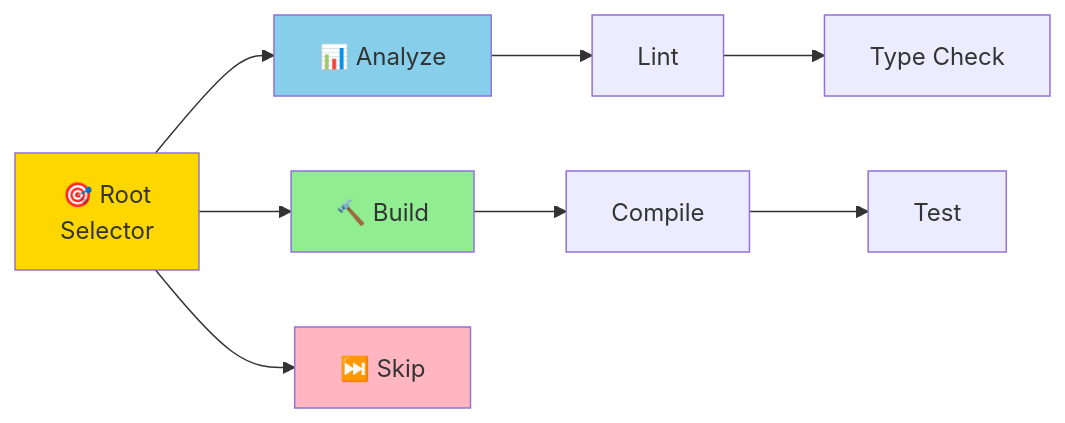
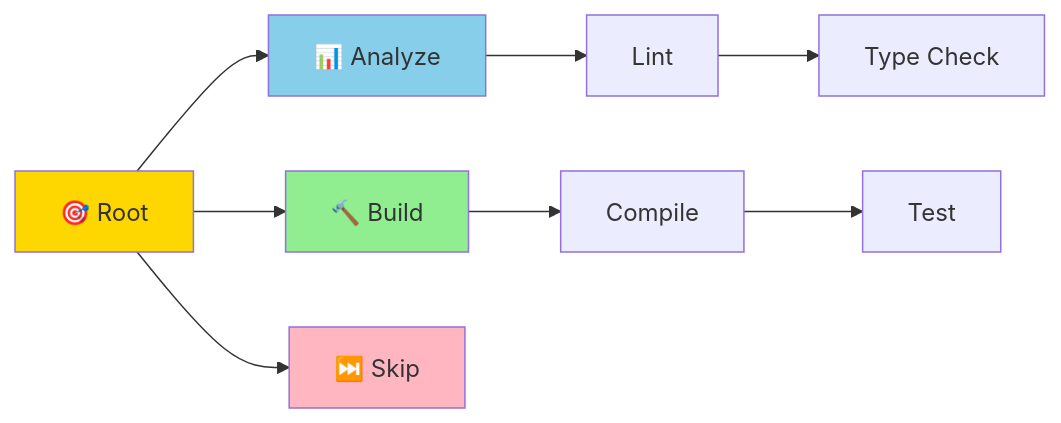
The fifth of 13 diagrams in slides/presentation.md (Algiras/vs-zinios-conference-2025-11-18), drawn with Mermaid before and after one commit. The commit also changed other lines of this file and 18 other files, not shown here.

````diff
--- a/slides/presentation.md
+++ b/slides/presentation.md
@@ -292,15 +522,14 @@
 ```mermaid
 graph LR
-    ROOT["🎯 Root<br/>Selector"] 
-    ROOT --> A["📊 Analyze"]
-    ROOT --> B["🔨 Build"]
-    ROOT --> S["⏭️ Skip"]
+    ROOT["🎯 Root"] --> A["📊 Analyze"]
     A --> L["Lint"]
     L --> T["Type Check"]
+    ROOT --> B["🔨 Build"]
     B --> C["Compile"]
     C --> E["Test"]
+    ROOT --> S["⏭️ Skip"]
     style ROOT fill:#FFD700
     style A fill:#87CEEB
     style B fill:#90EE90
     style S fill:#FFB6C1
 ```
````
